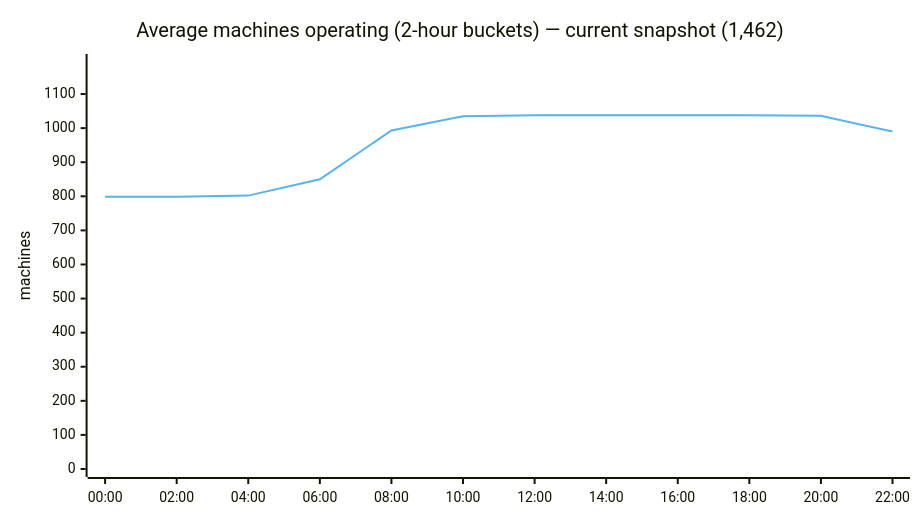
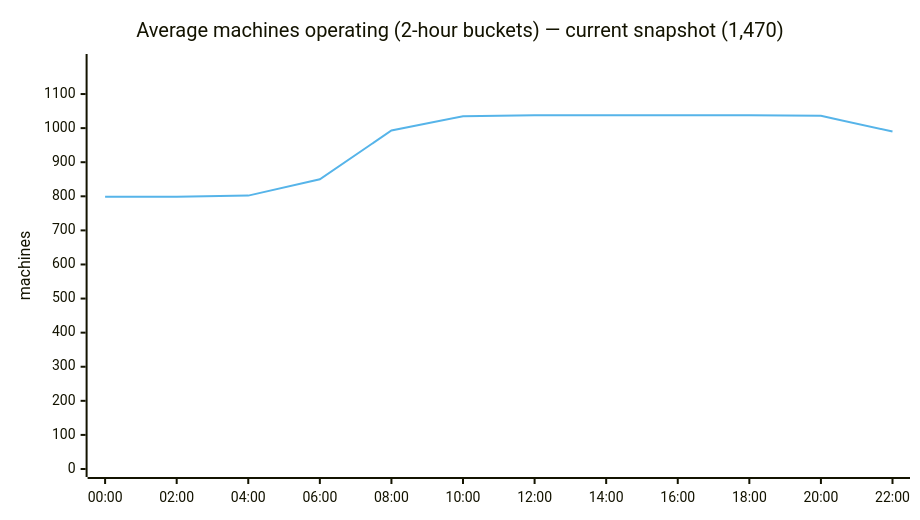
The second of 5 diagrams in ANALYSIS.md (cheeaun/returnright-data), drawn with Mermaid before and after one commit. The commit also changed other lines of this file and 4 other files, not shown here.

````diff
--- a/ANALYSIS.md
+++ b/ANALYSIS.md
@@ -66,15 +66,15 @@
 ```mermaid
 ---
 config:
   themeVariables:
     xyChart:
       plotColorPalette: "#56B4E9"
   xyChart:
     width: 900
 ---
 xychart-beta
-    title "Average machines operating (2-hour buckets) — current snapshot (1,462)"
+    title "Average machines operating (2-hour buckets) — current snapshot (1,470)"
     x-axis ["00:00", "02:00", "04:00", "06:00", "08:00", "10:00", "12:00", "14:00", "16:00", "18:00", "20:00", "22:00"]
     y-axis "machines" 0 --> 1194
     line [799, 799, 802, 850, 993, 1035, 1038, 1038, 1038, 1038, 1036, 990]
 ```
````
